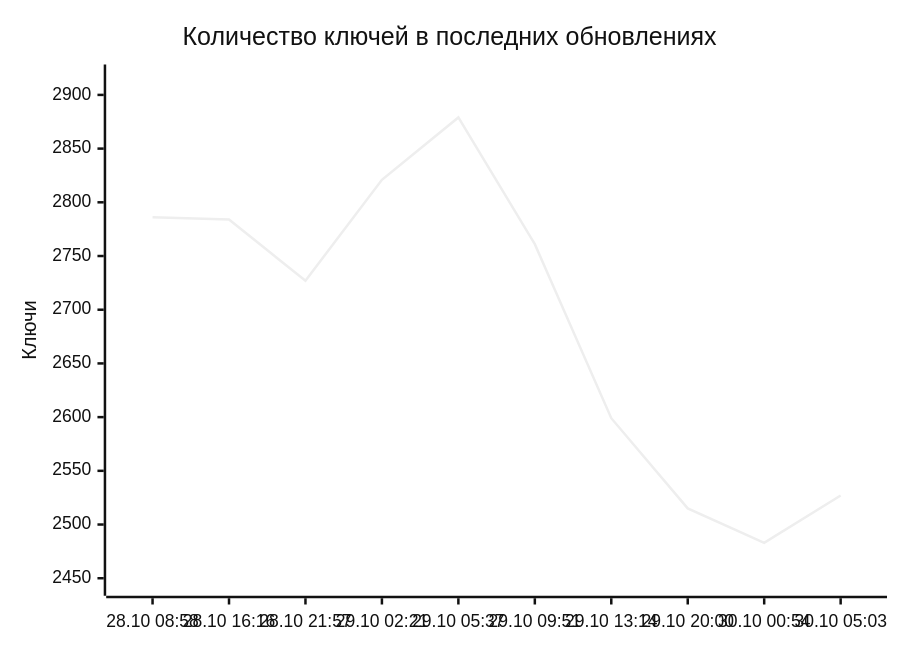
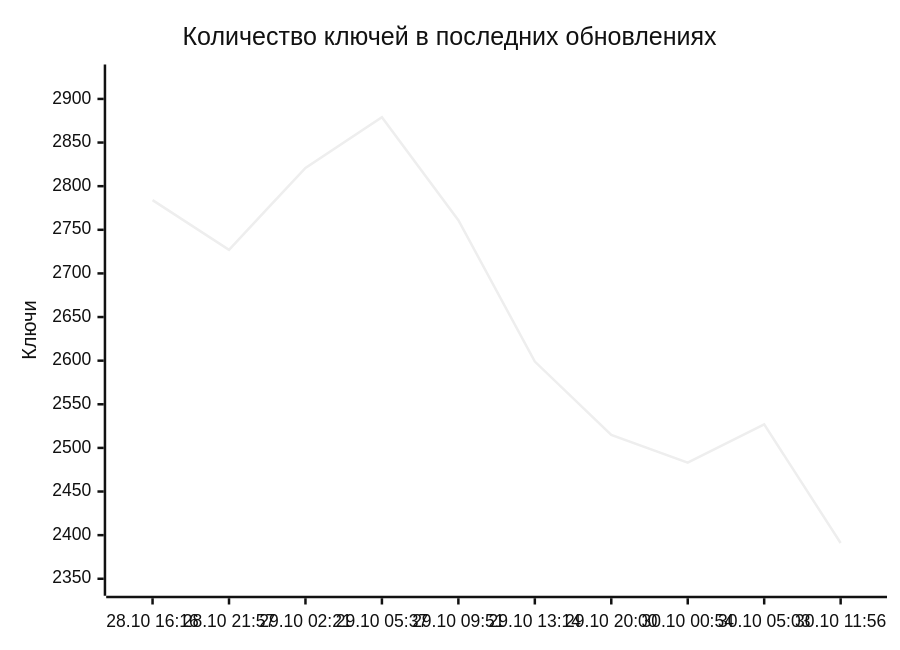
One commit to markKikhtenko/WireVeil changed the diagram in README.md. Above: the diagram before and after it, drawn with Mermaid (neutral theme). The commit also changed other lines of this file and 12 other files, not shown here.

````diff
--- a/README.md
+++ b/README.md
@@ -55,7 +55,7 @@
 ```mermaid
 xychart-beta
     title "Количество ключей в последних обновлениях"
-    x-axis ["28.10 08:58", "28.10 16:16", "28.10 21:57", "29.10 02:21", "29.10 05:37", "29.10 09:51", "29.10 13:14", "29.10 20:00", "30.10 00:54", "30.10 05:03"]
-    y-axis "Ключи" 2443 --> 2919
-    line [2786, 2784, 2727, 2821, 2879, 2761, 2599, 2515, 2483, 2527]
+    x-axis ["28.10 16:16", "28.10 21:57", "29.10 02:21", "29.10 05:37", "29.10 09:51", "29.10 13:14", "29.10 20:00", "30.10 00:54", "30.10 05:03", "30.10 11:56"]
+    y-axis "Ключи" 2342 --> 2928
+    line [2784, 2727, 2821, 2879, 2761, 2599, 2515, 2483, 2527, 2391]
 ```
````
